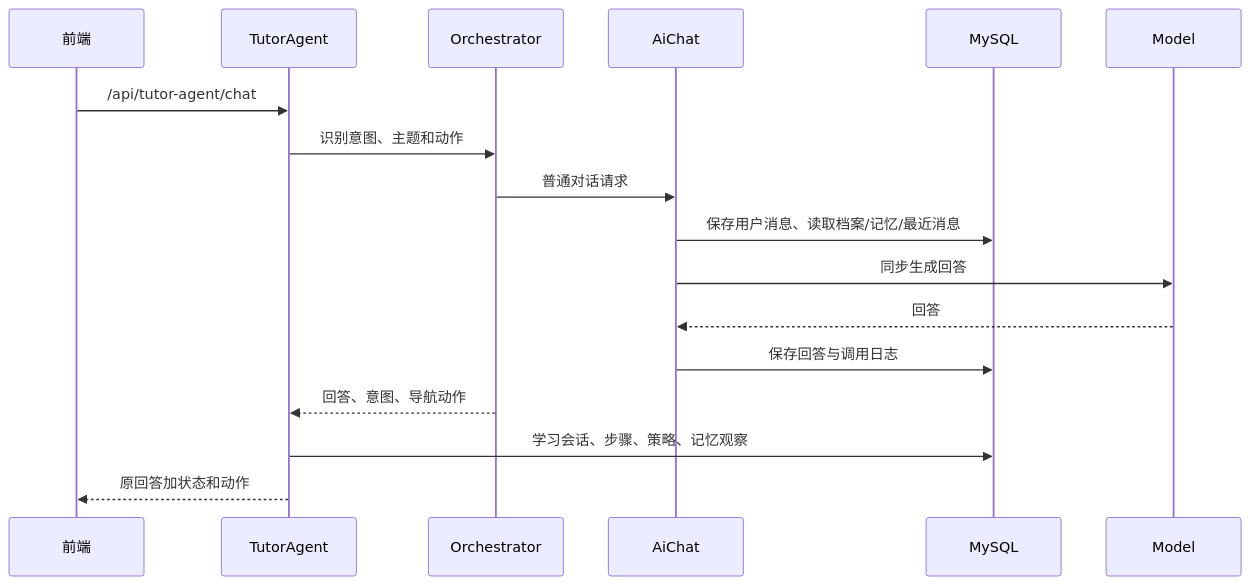
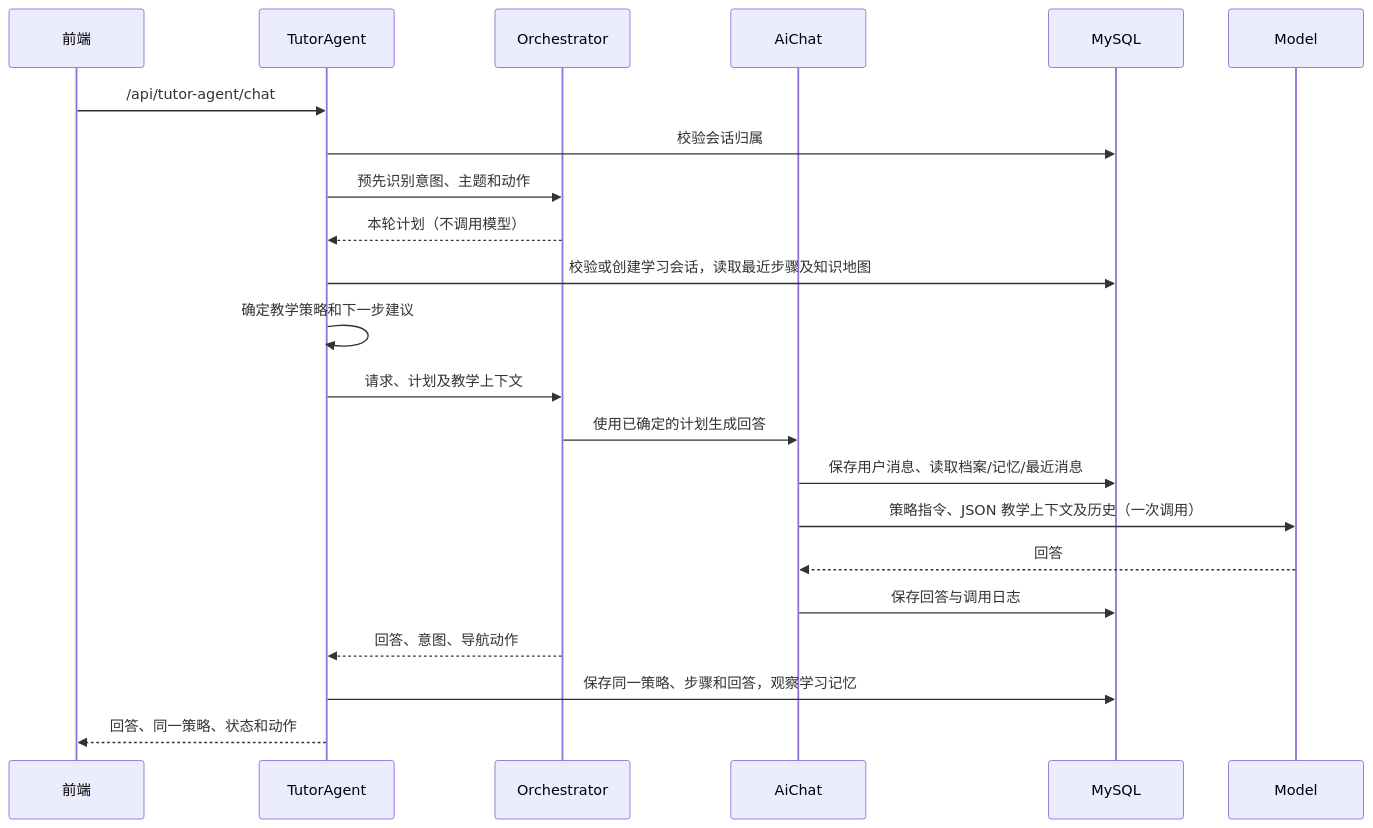
The second of 2 diagrams in docs/Architecture.md (just706/AI-Tutor), drawn with Mermaid before and after one commit. The commit also changed other lines of this file and 14 other files, not shown here.

````diff
--- a/docs/Architecture.md
+++ b/docs/Architecture.md
@@ -21,19 +21,24 @@
 ```mermaid
 sequenceDiagram
   participant U as 前端
   participant T as TutorAgent
   participant O as Orchestrator
   participant C as AiChat
   participant M as MySQL
   participant L as Model
   U->>T: /api/tutor-agent/chat
-  T->>O: 识别意图、主题和动作
-  O->>C: 普通对话请求
+  T->>M: 校验会话归属
+  T->>O: 预先识别意图、主题和动作
+  O-->>T: 本轮计划（不调用模型）
+  T->>M: 校验或创建学习会话，读取最近步骤及知识地图
+  T->>T: 确定教学策略和下一步建议
+  T->>O: 请求、计划及教学上下文
+  O->>C: 使用已确定的计划生成回答
   C->>M: 保存用户消息、读取档案/记忆/最近消息
-  C->>L: 同步生成回答
+  C->>L: 策略指令、JSON 教学上下文及历史（一次调用）
   L-->>C: 回答
   C->>M: 保存回答与调用日志
   O-->>T: 回答、意图、导航动作
-  T->>M: 学习会话、步骤、策略、记忆观察
-  T-->>U: 原回答加状态和动作
+  T->>M: 保存同一策略、步骤和回答，观察学习记忆
+  T-->>U: 回答、同一策略、状态和动作
 ```
````
